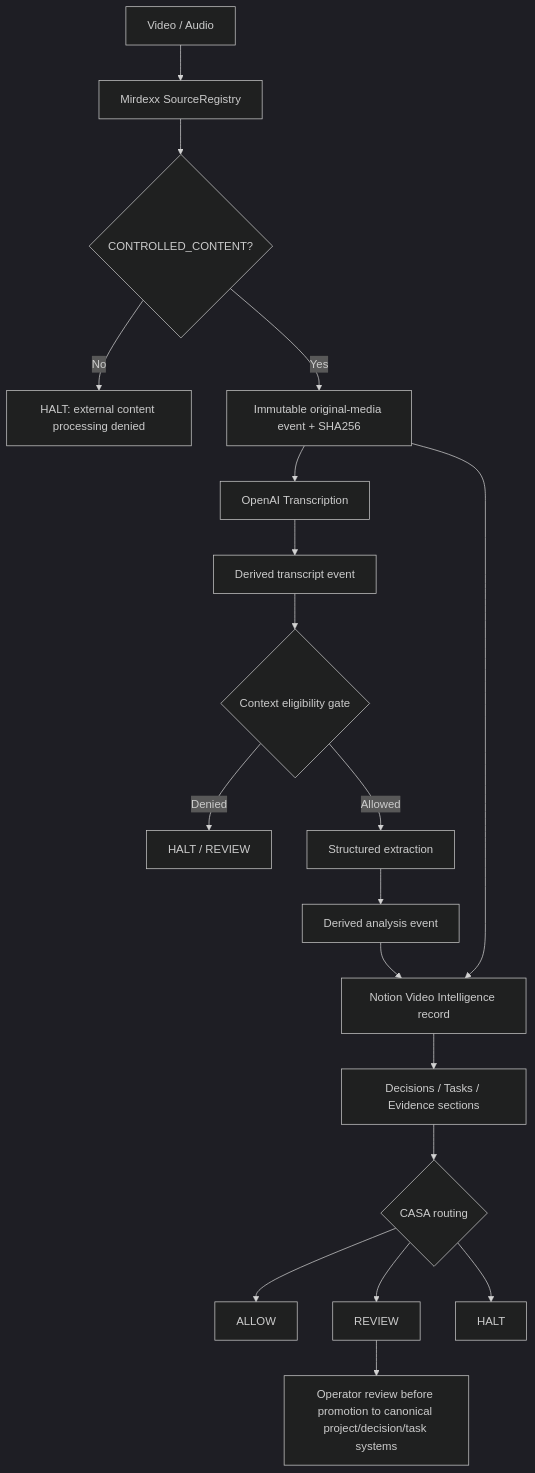
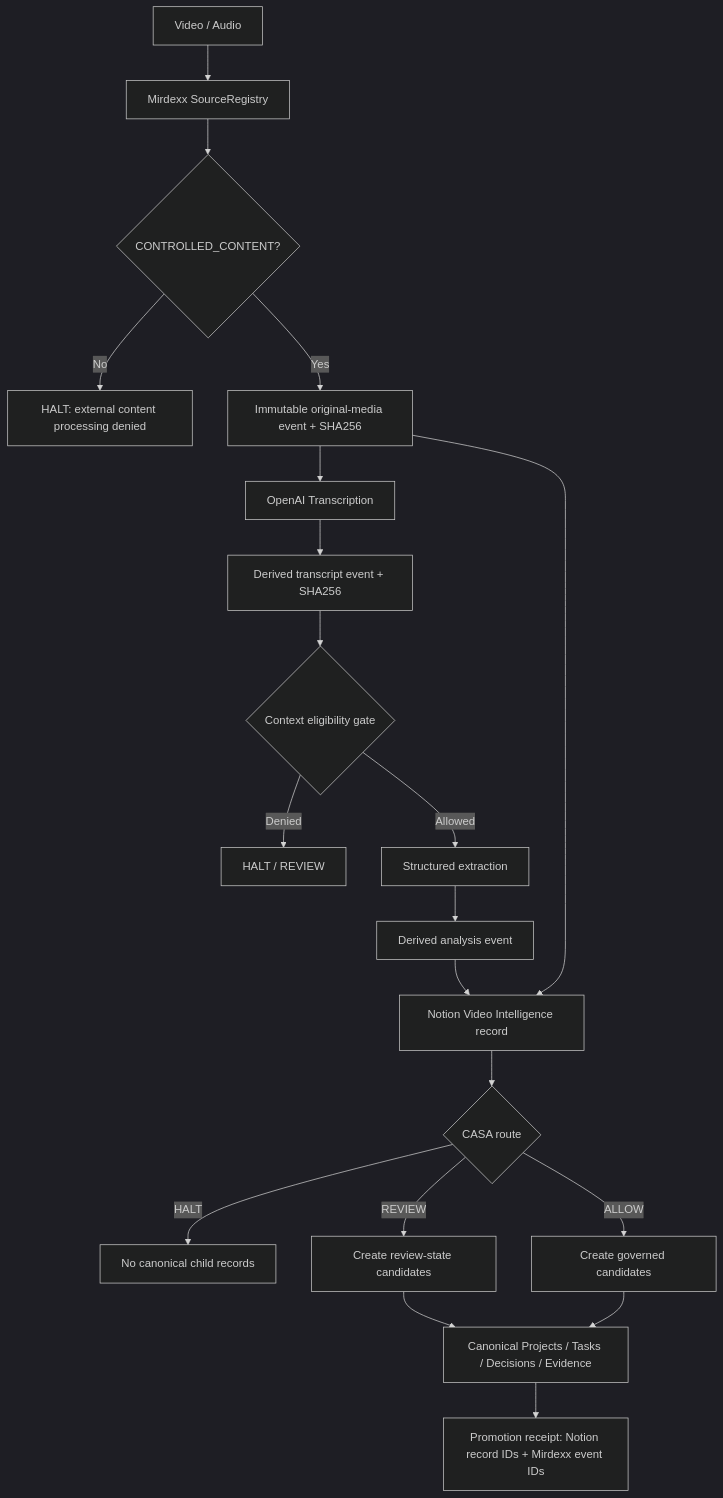
The diagram in docs/media-intelligence.md (dburt-proex/mirdexx), drawn with Mermaid (dark theme) before and after one commit. The commit also changed other lines of this file, not shown here.

Commit message:
docs: document canonical media promotion architecture

````diff
--- a/docs/media-intelligence.md
+++ b/docs/media-intelligence.md
@@ -7,21 +7,22 @@
 ```mermaid
 flowchart TD
     A["Video / Audio"] --> B["Mirdexx SourceRegistry"]
     B --> C{"CONTROLLED_CONTENT?"}
     C -- No --> X["HALT: external content processing denied"]
     C -- Yes --> D["Immutable original-media event + SHA256"]
     D --> E["OpenAI Transcription"]
-    E --> F["Derived transcript event"]
+    E --> F["Derived transcript event + SHA256"]
     F --> G{"Context eligibility gate"}
     G -- Denied --> X2["HALT / REVIEW"]
     G -- Allowed --> H["Structured extraction"]
     H --> I["Derived analysis event"]
     I --> J["Notion Video Intelligence record"]
     D --> J
-    J --> K["Decisions / Tasks / Evidence sections"]
-    K --> L{"CASA routing"}
-    L --> LA["ALLOW"]
-    L --> LR["REVIEW"]
-    L --> LH["HALT"]
-    LR --> M["Operator review before promotion to canonical project/decision/task systems"]
+    J --> K{"CASA route"}
+    K -- HALT --> KH["No canonical child records"]
+    K -- REVIEW --> KR["Create review-state candidates"]
+    K -- ALLOW --> KA["Create governed candidates"]
+    KR --> P["Canonical Projects / Tasks / Decisions / Evidence"]
+    KA --> P
+    P --> R["Promotion receipt: Notion record IDs + Mirdexx event IDs"]
 ```
````
